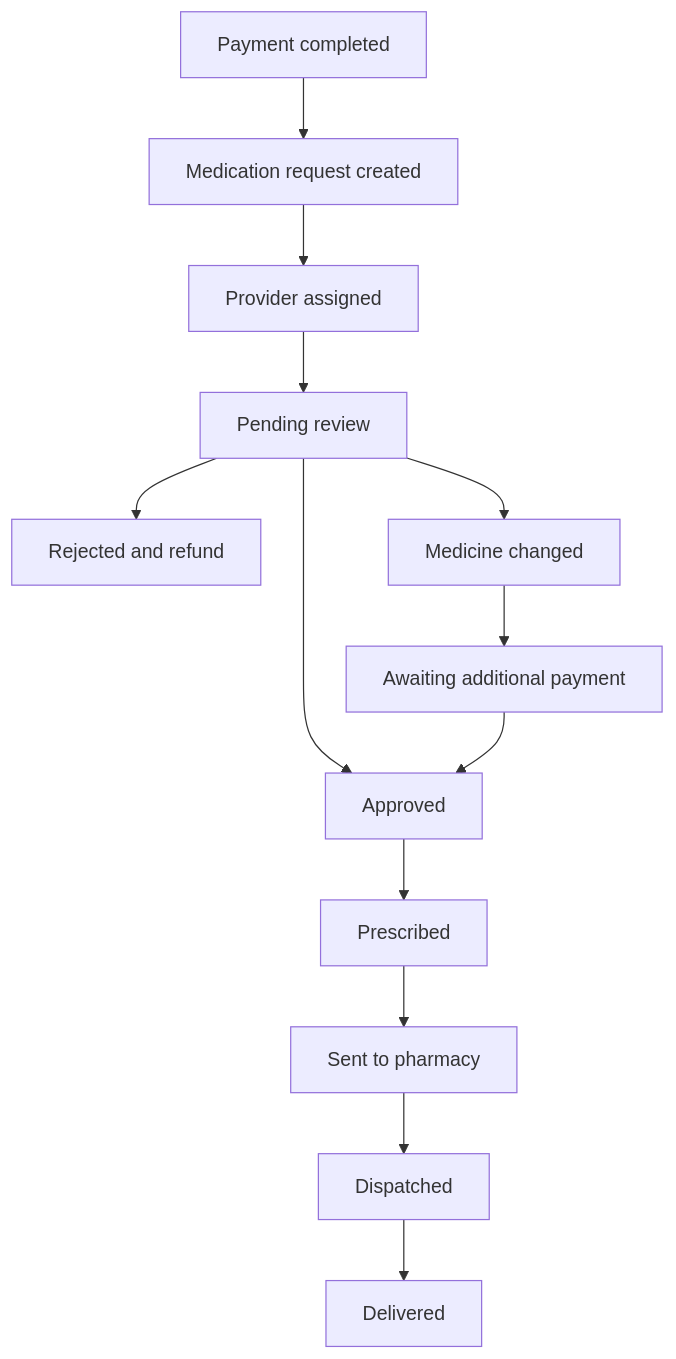
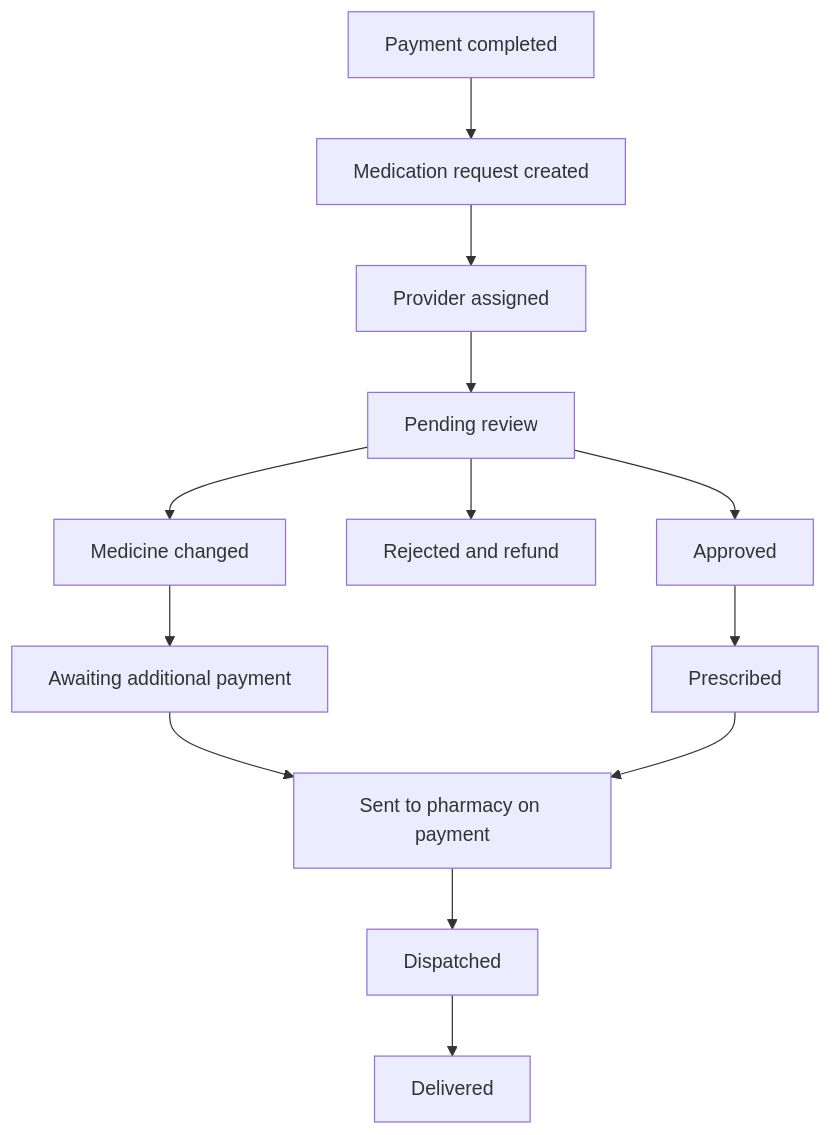
One commit to Bodyinc/bodyinc-access-hub changed the diagram in docs/email-notifications.md. Above: the diagram before and after it, drawn with Mermaid. The commit also changed other lines of this file and 11 other files, not shown here.

````diff
--- a/docs/email-notifications.md
+++ b/docs/email-notifications.md
@@ -13,15 +13,15 @@
 ```mermaid
 flowchart TD
   Payment[Payment completed] --> Order[Medication request created]
   Order --> Assign[Provider assigned]
   Assign --> Review[Pending review]
   Review --> Approve[Approved]
   Review --> Reject[Rejected and refund]
   Review --> ChangeMed[Medicine changed]
   ChangeMed --> ExtraPay[Awaiting additional payment]
-  ExtraPay --> Approve
+  ExtraPay --> Pharmacy[Sent to pharmacy on payment]
   Approve --> Rx[Prescribed]
-  Rx --> Pharmacy[Sent to pharmacy]
+  Rx --> Pharmacy
   Pharmacy --> Ship[Dispatched]
   Ship --> Delivered[Delivered]
 ```
````
